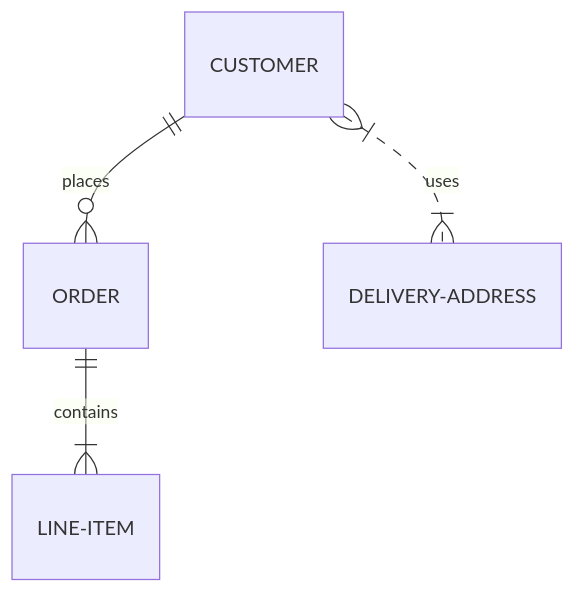
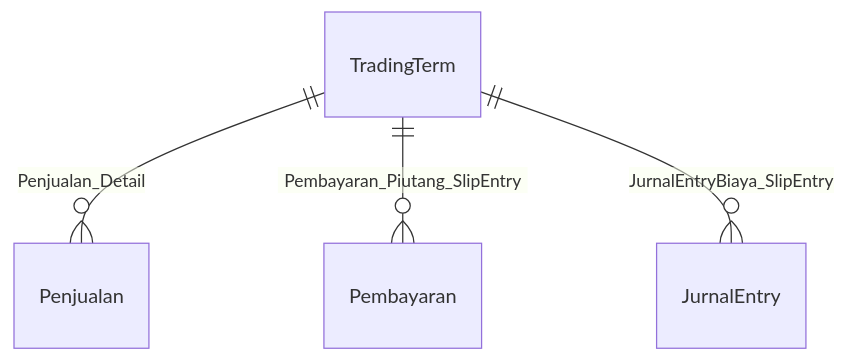
One commit to andyut/cnw_project changed the diagram in docs/tradingTerm.md. Above: the diagram before and after it, drawn with Mermaid. The commit also changed other lines of this file, not shown here.

Commit message:
update trading

````diff
--- a/docs/tradingTerm.md
+++ b/docs/tradingTerm.md
@@ -34,7 +20,7 @@
 ```mermaid
 
 erDiagram
-    CUSTOMER ||--o{ ORDER : places
-    ORDER ||--|{ LINE-ITEM : contains
-    CUSTOMER }|..|{ DELIVERY-ADDRESS : uses
+    TradingTerm ||--o{ Penjualan  : Penjualan_Detail
+    TradingTerm ||--o{ Pembayaran  : Pembayaran_Piutang_SlipEntry
+    TradingTerm ||--o{ JurnalEntry  : JurnalEntryBiaya_SlipEntry
 ```
````
